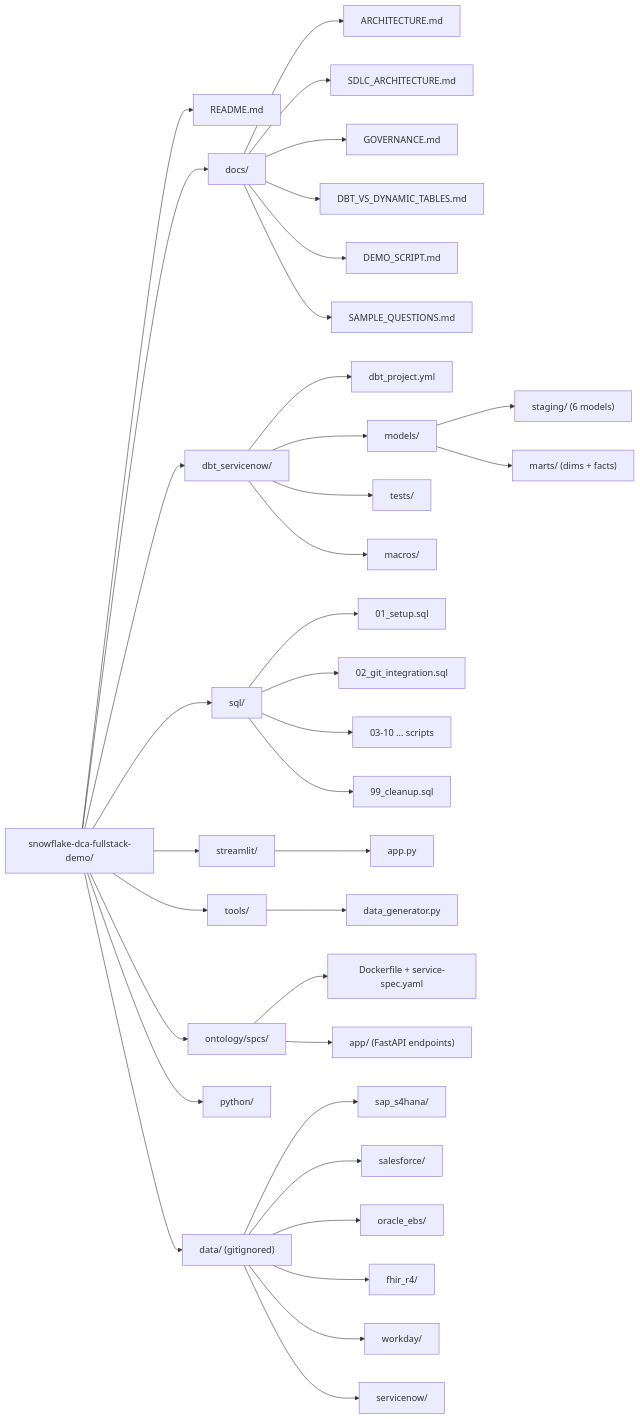
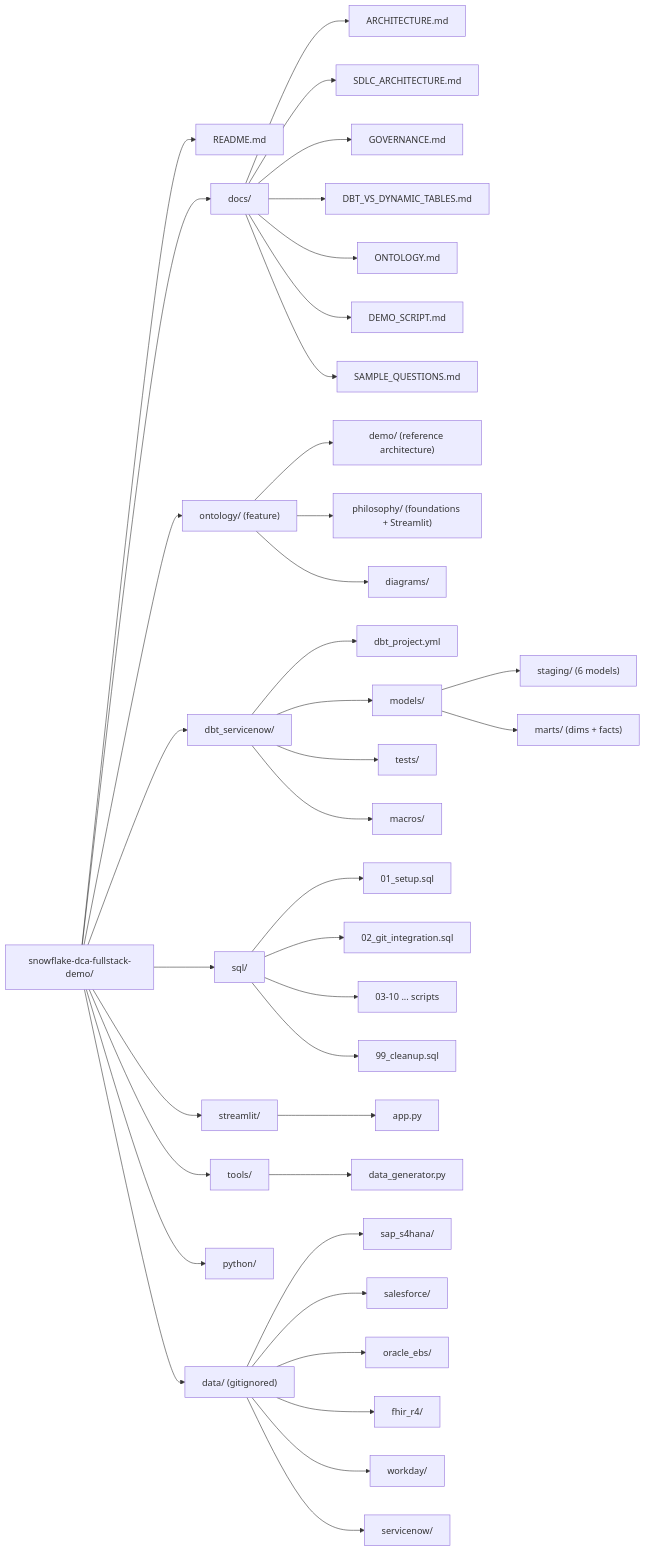
The seventh of 8 diagrams in README.md (sfc-gh-smitchener-1/snowflake-dca-fullstack-demo), drawn with Mermaid before and after one commit. The commit also changed other lines of this file and 149 other files, not shown here.

````diff
--- a/README.md
+++ b/README.md
@@ -284,45 +286,47 @@
 ```mermaid
 graph LR
     ROOT["snowflake-dca-fullstack-demo/"]
     ROOT --> README["README.md"]
     ROOT --> DOCS["docs/"]
     ROOT --> DBT["dbt_servicenow/"]
     ROOT --> SQL["sql/"]
     ROOT --> ST["streamlit/"]
     ROOT --> TOOLS["tools/"]
     ROOT --> DATA["data/ (gitignored)"]
     ROOT --> PYTHON["python/"]
-    ROOT --> ONTSPCS["ontology/spcs/"]
+    ROOT --> ONT["ontology/ (feature)"]
 
     DOCS --> ARCH["ARCHITECTURE.md"]
     DOCS --> SDLC["SDLC_ARCHITECTURE.md"]
     DOCS --> GOV["GOVERNANCE.md"]
     DOCS --> DBTVDT["DBT_VS_DYNAMIC_TABLES.md"]
+    DOCS --> ONTDOC["ONTOLOGY.md"]
     DOCS --> DEMO["DEMO_SCRIPT.md"]
     DOCS --> SAMPLE["SAMPLE_QUESTIONS.md"]
+
+    ONT --> ONTDEMO["demo/ (reference architecture)"]
+    ONT --> ONTPHIL["philosophy/ (foundations + Streamlit)"]
+    ONT --> ONTDIAG["diagrams/"]
 
     DBT --> PROJ["dbt_project.yml"]
     DBT --> MODELS["models/"]
     MODELS --> STAGING["staging/ (6 models)"]
     MODELS --> MARTS["marts/ (dims + facts)"]
     DBT --> TESTS["tests/"]
     DBT --> MACROS["macros/"]
 
     SQL --> S01["01_setup.sql"]
     SQL --> S02["02_git_integration.sql"]
     SQL --> S03["03-10 ... scripts"]
     SQL --> S99["99_cleanup.sql"]
 
     ST --> APP["app.py"]
     TOOLS --> GEN["data_generator.py"]
 
-    ONTSPCS --> DOCKER["Dockerfile + service-spec.yaml"]
-    ONTSPCS --> FASTAPI["app/ (FastAPI endpoints)"]
-
     DATA --> SAP["sap_s4hana/"]
     DATA --> SF["salesforce/"]
     DATA --> ORA["oracle_ebs/"]
     DATA --> FHIR["fhir_r4/"]
     DATA --> WD["workday/"]
     DATA --> SN["servicenow/"]
 ```
````
